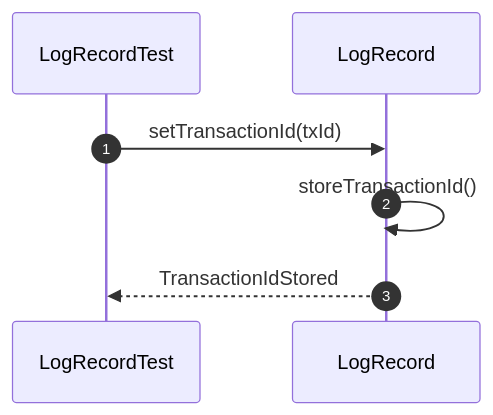
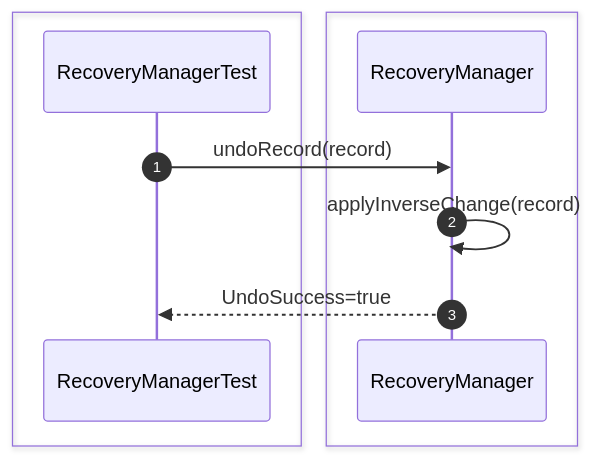
One commit to Huy1801214/dbms-architecture changed diagram 13 of 28 in src/sequence/recovery.md. Above: the diagram before and after it, drawn with Mermaid. The commit also changed other lines of this file and 10 other files, not shown here.

Commit message:
add comprehensive sequence diagrams and documentation for system architecture and unit testing specifications

````diff
--- a/src/sequence/recovery.md
+++ b/src/sequence/recovery.md
@@ -168,12 +221,15 @@
 ```mermaid
 sequenceDiagram
     autonumber
-    participant Test as LogRecordTest
-    participant Log as LogRecord
 
-    Test->>Log: setTransactionId(txId)
+    box #e1f5fe Test Suite
+    participant Test as RecoveryManagerTest
+    end
+    box #ffebee Recovery Components
+    participant Recovery as RecoveryManager
+    end
 
-    Log->>Log: storeTransactionId()
-
-    Log-->>Test: TransactionIdStored
+    Test->>Recovery: undoRecord(record)
+    Recovery->>Recovery: applyInverseChange(record)
+    Recovery-->>Test: UndoSuccess=true
 ```
````
